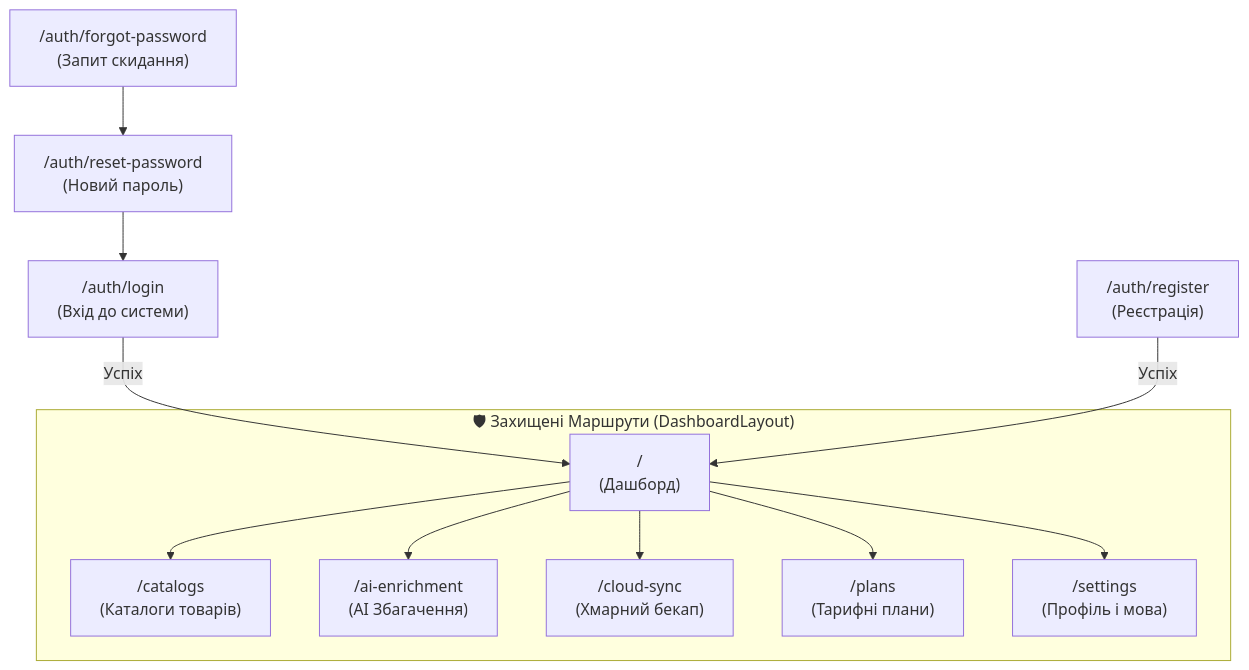
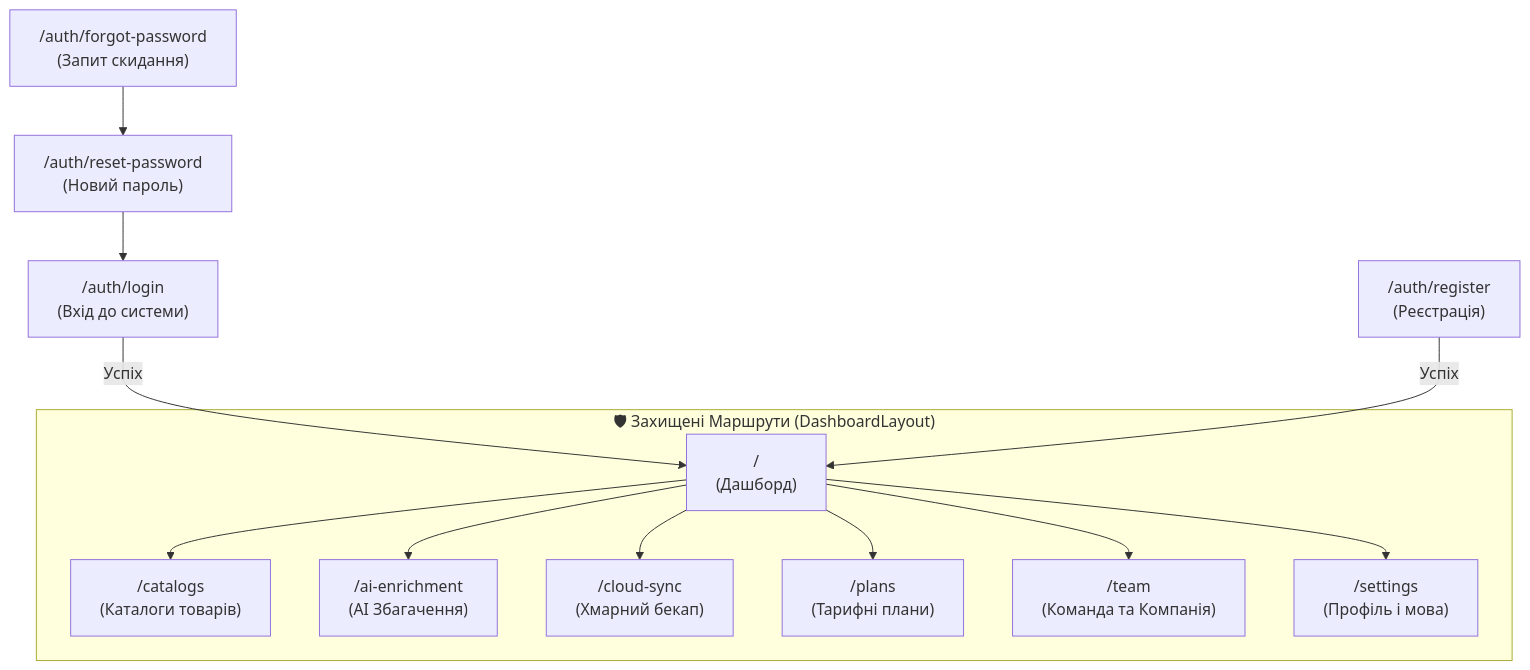
The diagram in wiki/05-desktop-client/pages-and-features.md (OlegFutornoi/SmartFeedStudio), drawn with Mermaid before and after one commit. The commit also changed other lines of this file and 90 other files, not shown here.

````diff
--- a/wiki/05-desktop-client/pages-and-features.md
+++ b/wiki/05-desktop-client/pages-and-features.md
@@ -5,14 +5,15 @@
 ```mermaid
 graph TD
     Login["/auth/login\n(Вхід до системи)"] -->|Успіх| Home["/\n(Дашборд)"]
     Register["/auth/register\n(Реєстрація)"] -->|Успіх| Home
     Forgot["/auth/forgot-password\n(Запит скидання)"] --> Reset["/auth/reset-password\n(Новий пароль)"] --> Login
 
     subgraph Private["🛡 Захищені Маршрути (DashboardLayout)"]
         Home --> Catalogs["/catalogs\n(Каталоги товарів)"]
         Home --> AI["/ai-enrichment\n(AI Збагачення)"]
         Home --> Cloud["/cloud-sync\n(Хмарний бекап)"]
         Home --> Plans["/plans\n(Тарифні плани)"]
+        Home --> Team["/team\n(Команда та Компанія)"]
         Home --> Settings["/settings\n(Профіль і мова)"]
     end
 ```
````
